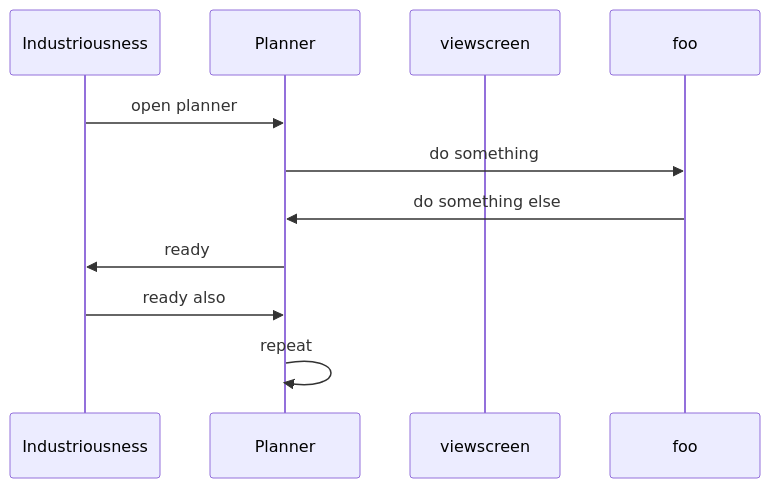
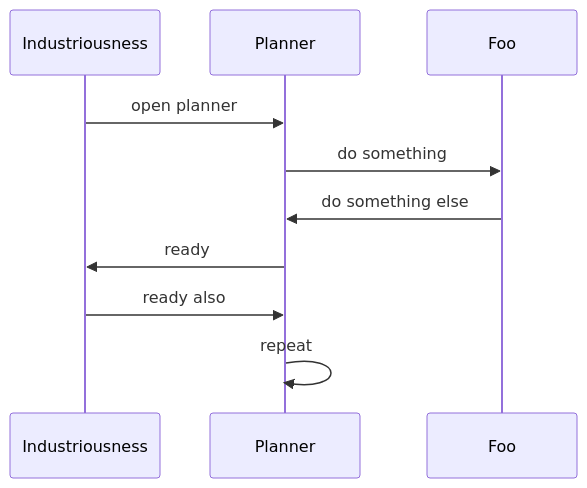
Before and after one commit to vanHeemstraSystems/industriousness: the second of 2 diagrams in 300/README.md, drawn with Mermaid.

````diff
--- a/300/README.md
+++ b/300/README.md
@@ -21,12 +21,12 @@
 ```mermaid
 sequenceDiagram
     participant Industriousness
     participant Planner
-    participant viewscreen
+    participant Foo
     Industriousness->>Planner: open planner
-    Planner->>foo: do something
-    foo->>Planner: do something else
+    Planner->>Foo: do something
+    Foo->>Planner: do something else
     Planner->>Industriousness: ready
     Industriousness->>Planner: ready also
     Planner->>Planner: repeat
 ```
````
